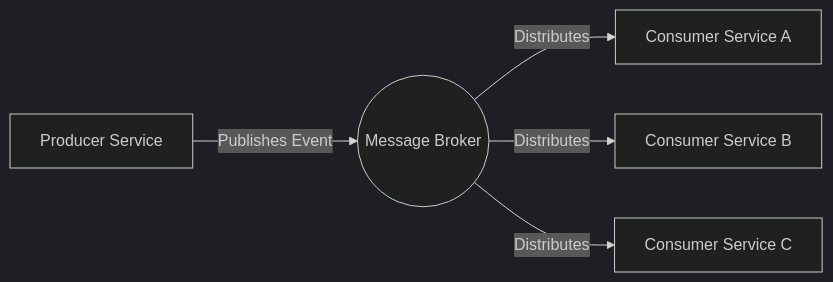
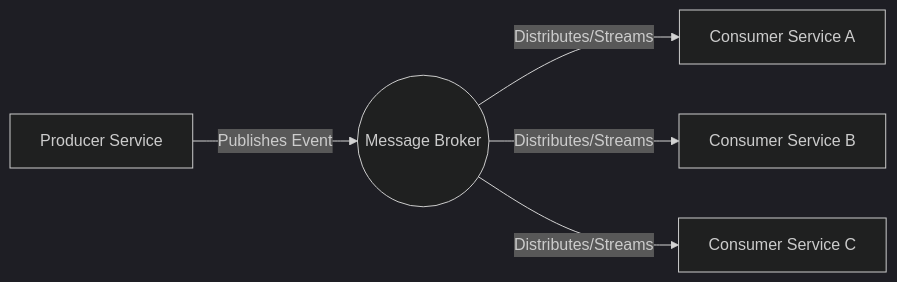
One commit to vaishvanara/techwritingkb changed the diagram in docs/systems-thinking/event-driven-architecture.md. Above: the diagram before and after it, drawn with Mermaid (dark theme). The commit also changed other lines of this file and 26 other files, not shown here.

````diff
--- a/docs/systems-thinking/event-driven-architecture.md
+++ b/docs/systems-thinking/event-driven-architecture.md
@@ -21,7 +21,7 @@
 ```mermaid
 graph LR
     A[Producer Service] -- Publishes Event --> B((Message Broker))
-    B -- Distributes --> C[Consumer Service A]
-    B -- Distributes --> D[Consumer Service B]
-    B -- Distributes --> E[Consumer Service C]
+    B -- Distributes/Streams --> C[Consumer Service A]
+    B -- Distributes/Streams --> D[Consumer Service B]
+    B -- Distributes/Streams --> E[Consumer Service C]
 ```
````
